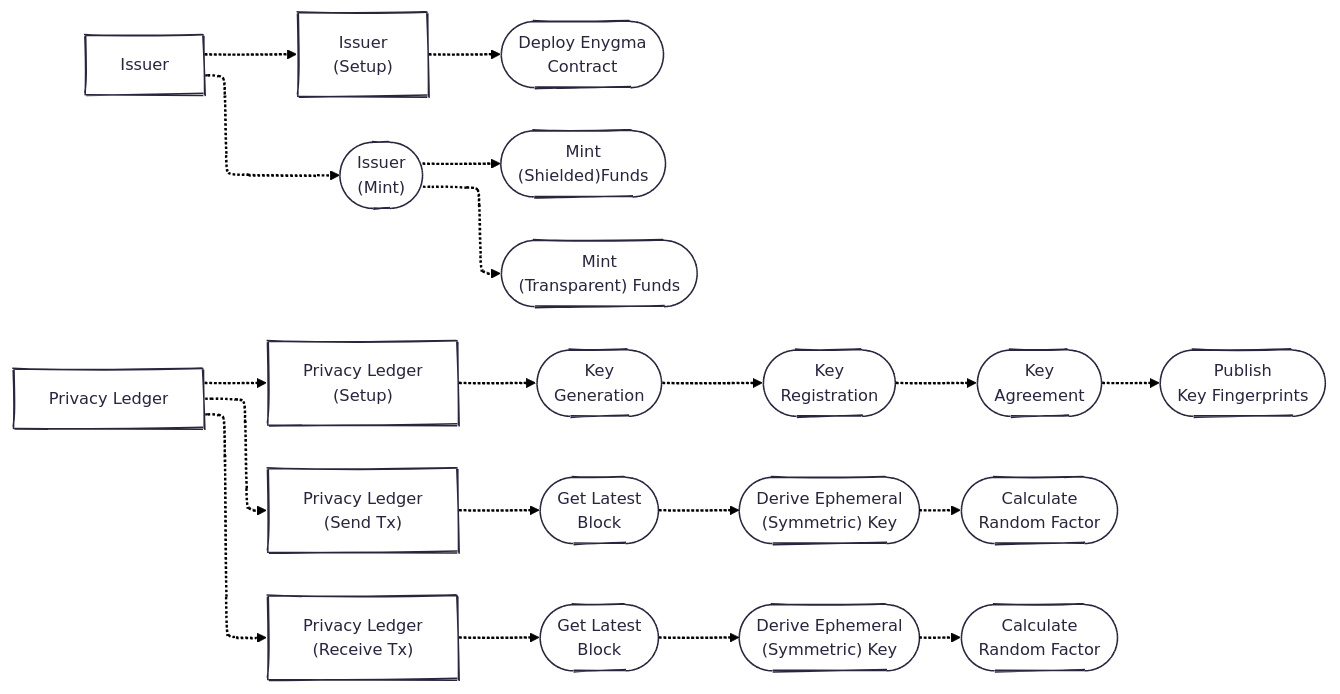
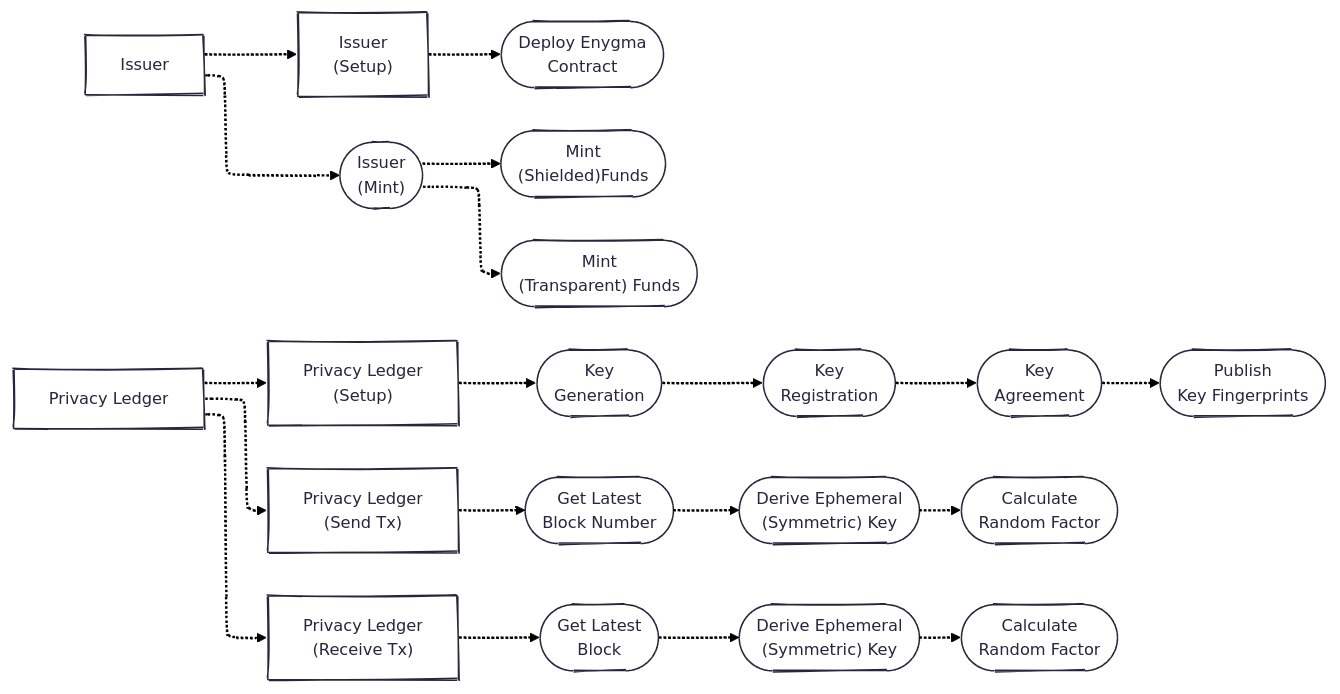
Before and after one commit to raylsnetwork/Enygma: the second of 3 diagrams in enygma_payments/README.md, drawn with Mermaid.

Commit message:
Fix getblock_send function name in README

````diff
--- a/enygma_payments/README.md
+++ b/enygma_payments/README.md
@@ -52,44 +52,47 @@
 ```mermaid
 ---
 config:
   theme: redux
   layout: elk
   look: handDrawn
 ---
 flowchart LR
     issuer["Issuer"]
     i_setup["Issuer<br>(Setup)"]
     deploy(["Deploy Enygma<br>Contract"])
 
     i_mint(["Issuer<br>(Mint)"])
     mint_shield(["Mint<br>(Shielded)Funds"])
     mint_transparent(["Mint<br>(Transparent) Funds"])
 
     pl["Privacy Ledger"]
     pl_setup["Privacy Ledger<br>(Setup)"]
     keygen(["Key<br>Generation"])
     register(["Key<br>Registration"])
     kem(["Key<br>Agreement"])
     publish(["Publish<br>Key Fingerprints"])
 
     pl_send["Privacy Ledger<br>(Send Tx)"]
-    getblock_send(["Get Latest<br>Block"])
+
+    getblock_send(["Get Latest<br>Block Number"])
     getblock_receive(["Get Latest<br>Block"])
+
     derivesendkey(["Derive Ephemeral<br>(Symmetric) Key"])
     derivereceivekey(["Derive Ephemeral<br>(Symmetric) Key"])
+
     calcR_send(["Calculate<br>Random Factor"])
     calcR_receive(["Calculate<br>Random Factor"])
 
     pl_receive["Privacy Ledger<br>(Receive Tx)"]
 
 
     issuer -.-> i_setup & i_mint
     i_setup -.-> deploy
     i_mint -.-> mint_shield & mint_transparent
 
     pl -.-> pl_setup & pl_send & pl_receive
 
     pl_setup -.-> keygen -.-> register -.-> kem -.-> publish
     pl_send -.-> getblock_send -.-> derivesendkey -.-> calcR_send
     pl_receive -.-> getblock_receive -.-> derivereceivekey -.-> calcR_receive
 ```
````
